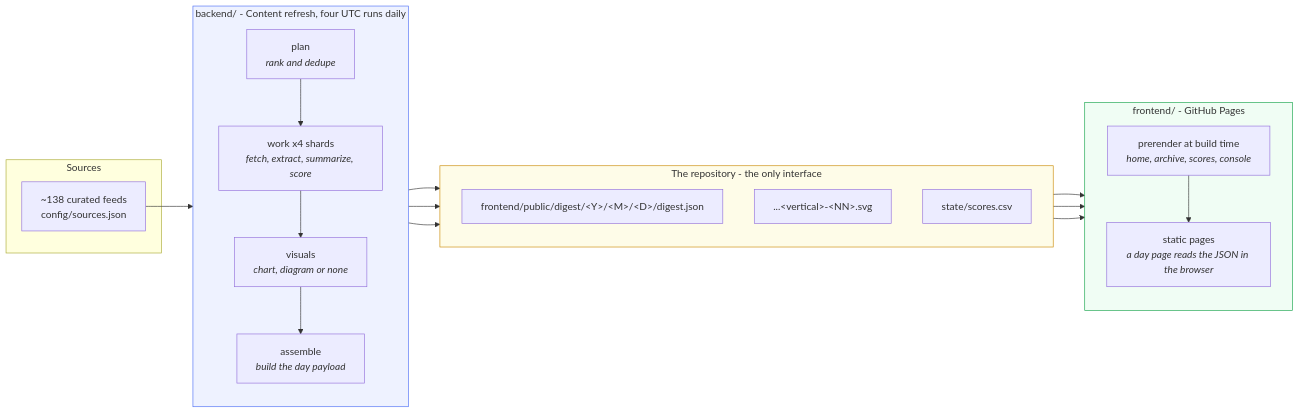
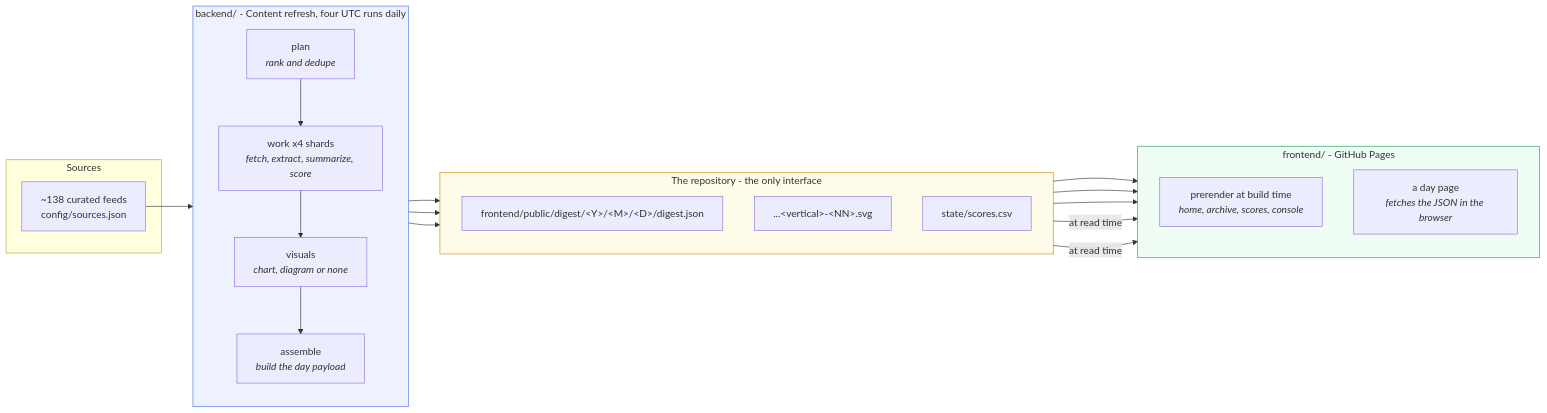
The first of 3 diagrams in docs/architecture/overview.md (miztiik/yen-idhazh), drawn with Mermaid before and after one commit. The commit also changed 1 other file, not shown here.

Commit message:
docs: stop the prerender arrow feeding the day page (Jony)
Jony read the two corrected diagrams and refused one of them. In
overview.md the committed files fed "prerender at build time", which fed
"static pages" - so the picture still said a day page falls out of the
prerender step while the node under it said it renders in the browser. A
diagram that argues with itself is worse than one that is plainly wrong,
because a reader cannot tell which half governs.

The repository now feeds both kinds of page directly: the six prerendered
routes at build time, and a day page at read time. The B --> S edge is gone.

In README.md the node header was "Static pages", which repeats the adjective
the subgraph label above it already spent. It is now "Two kinds of page", which
poses the question its two lines answer, and the first line drops a word so the
node stops being the widest box in the flowchart for no reason.

````diff
--- a/docs/architecture/overview.md
+++ b/docs/architecture/overview.md
@@ -12,37 +12,37 @@
 ```mermaid
 flowchart LR
  subgraph src["Sources"]
  F1["~138 curated feeds<br/>config/sources.json"]
  end
 
  subgraph ci["backend/ - Content refresh, four UTC runs daily"]
  direction TB
  P["plan<br/><i>rank and dedupe</i>"]
  W["work x4 shards<br/><i>fetch, extract, summarize, score</i>"]
  R["visuals<br/><i>chart, diagram or none</i>"]
  AS["assemble<br/><i>build the day payload</i>"]
  P --> W --> R --> AS
  end
 
  subgraph repo["The repository - the only interface"]
  direction TB
  D1["frontend/public/digest/&lt;Y&gt;/&lt;M&gt;/&lt;D&gt;/digest.json"]
  D2["...&lt;vertical&gt;-&lt;NN&gt;.svg"]
  D3["state/scores.csv"]
  end
 
  subgraph fe["frontend/ - GitHub Pages"]
  direction TB
  B["prerender at build time<br/><i>home, archive, scores, console</i>"]
- S["static pages<br/><i>a day page reads the JSON in the browser</i>"]
- B --> S
+ S["a day page<br/><i>fetches the JSON in the browser</i>"]
  end
 
  F1 --> P
  AS --> D1 & D2 & D3
  D1 & D2 & D3 --> B
+ D1 & D2 -->|"at read time"| S
 
  style ci fill:#eef2ff,stroke:#4c6ef5
  style fe fill:#f0fdf4,stroke:#16a34a
  style repo fill:#fefce8,stroke:#ca8a04
 ```
````
